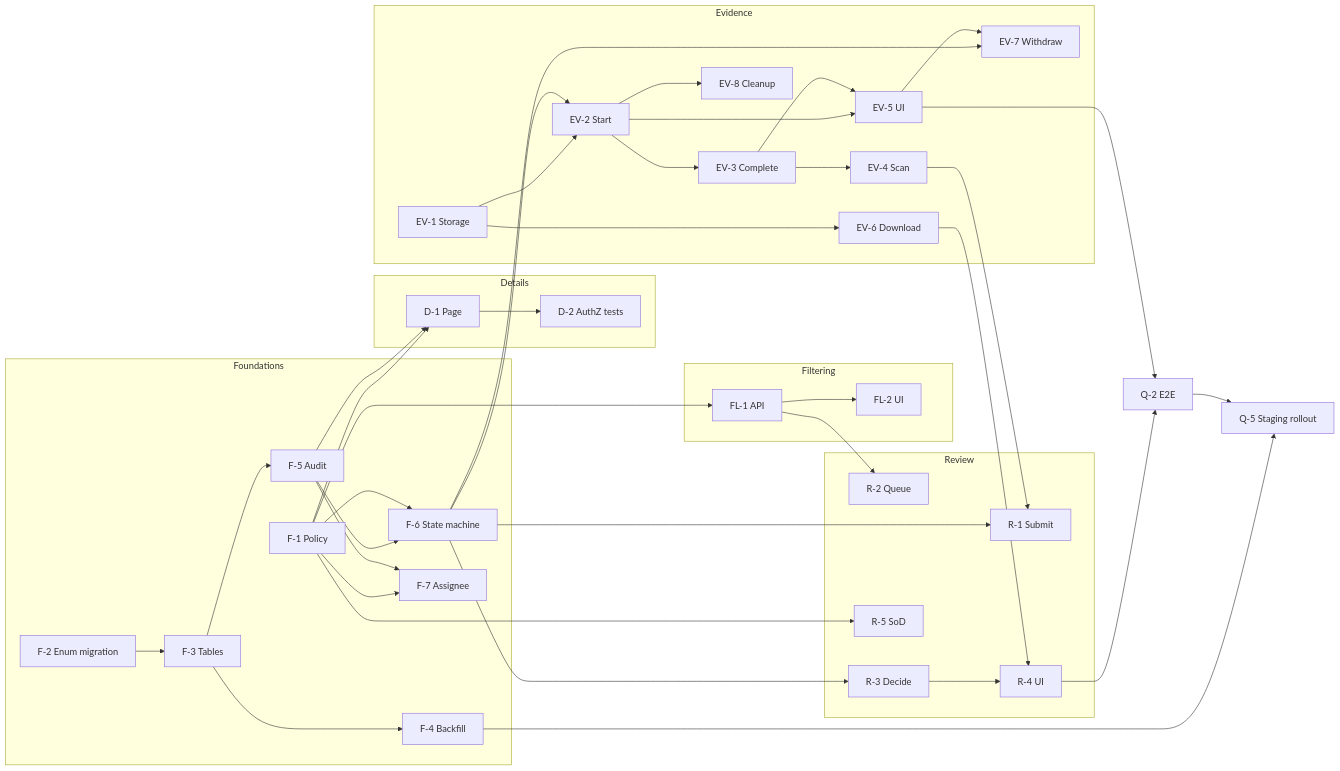
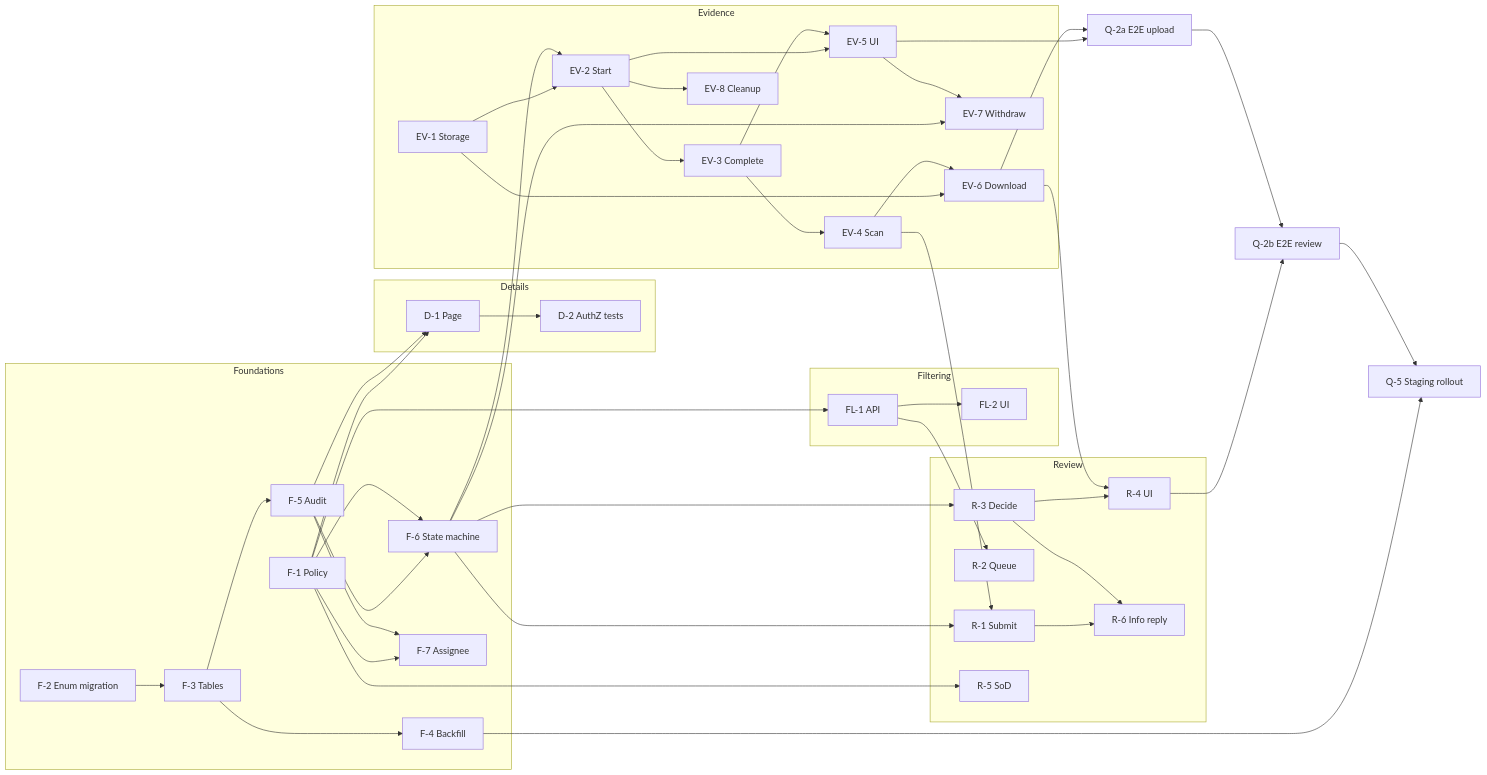
One commit to Kukesan/task-internal-portal changed the fifth of 6 diagrams in docs/Task_2.md. Above: the diagram before and after it, drawn with Mermaid. The commit also changed other lines of this file and 1 other file, not shown here.

````diff
--- a/docs/Task_2.md
+++ b/docs/Task_2.md
@@ -326,63 +343,69 @@
 ```mermaid
 flowchart LR
     subgraph E1[Foundations]
       F1[F-1 Policy]
       F2[F-2 Enum migration]
       F3[F-3 Tables]
       F4[F-4 Backfill]
       F5[F-5 Audit]
       F6[F-6 State machine]
       F7[F-7 Assignee]
     end
     subgraph E2[Filtering]
       FL1[FL-1 API]
       FL2[FL-2 UI]
     end
     subgraph E3[Details]
       D1[D-1 Page]
       D2[D-2 AuthZ tests]
     end
     subgraph E4[Evidence]
       EV1[EV-1 Storage]
       EV2[EV-2 Start]
       EV3[EV-3 Complete]
       EV4[EV-4 Scan]
       EV5[EV-5 UI]
       EV6[EV-6 Download]
       EV7[EV-7 Withdraw]
       EV8[EV-8 Cleanup]
     end
     subgraph E5[Review]
       R1[R-1 Submit]
       R2[R-2 Queue]
       R3[R-3 Decide]
       R4[R-4 UI]
       R5[R-5 SoD]
+      R6[R-6 Info reply]
     end
     F2 --> F3 --> F4
     F3 --> F5 --> F6
     F1 --> F6
     F1 --> F7
     F5 --> F7
     F1 --> FL1 --> FL2
     F1 --> D1 --> D2
     F5 --> D1
     EV1 --> EV2 --> EV3 --> EV4
     F6 --> EV2
     EV2 --> EV5
     EV3 --> EV5
     EV1 --> EV6
+    EV4 --> EV6
     F6 --> EV7
     EV5 --> EV7
     EV2 --> EV8
     F6 --> R1
     EV4 --> R1
     FL1 --> R2
     F6 --> R3 --> R4
     EV6 --> R4
     F1 --> R5
-    R4 --> Q2[Q-2 E2E]
-    EV5 --> Q2
+    R1 --> R6
+    R3 --> R6
+    EV5 --> Q2a[Q-2a E2E upload]
+    EV6 --> Q2a
+    R4 --> Q2b[Q-2b E2E review]
+    Q2a --> Q2b
     F4 --> Q5[Q-5 Staging rollout]
-    Q2 --> Q5
+    Q2b --> Q5
 ```
````
